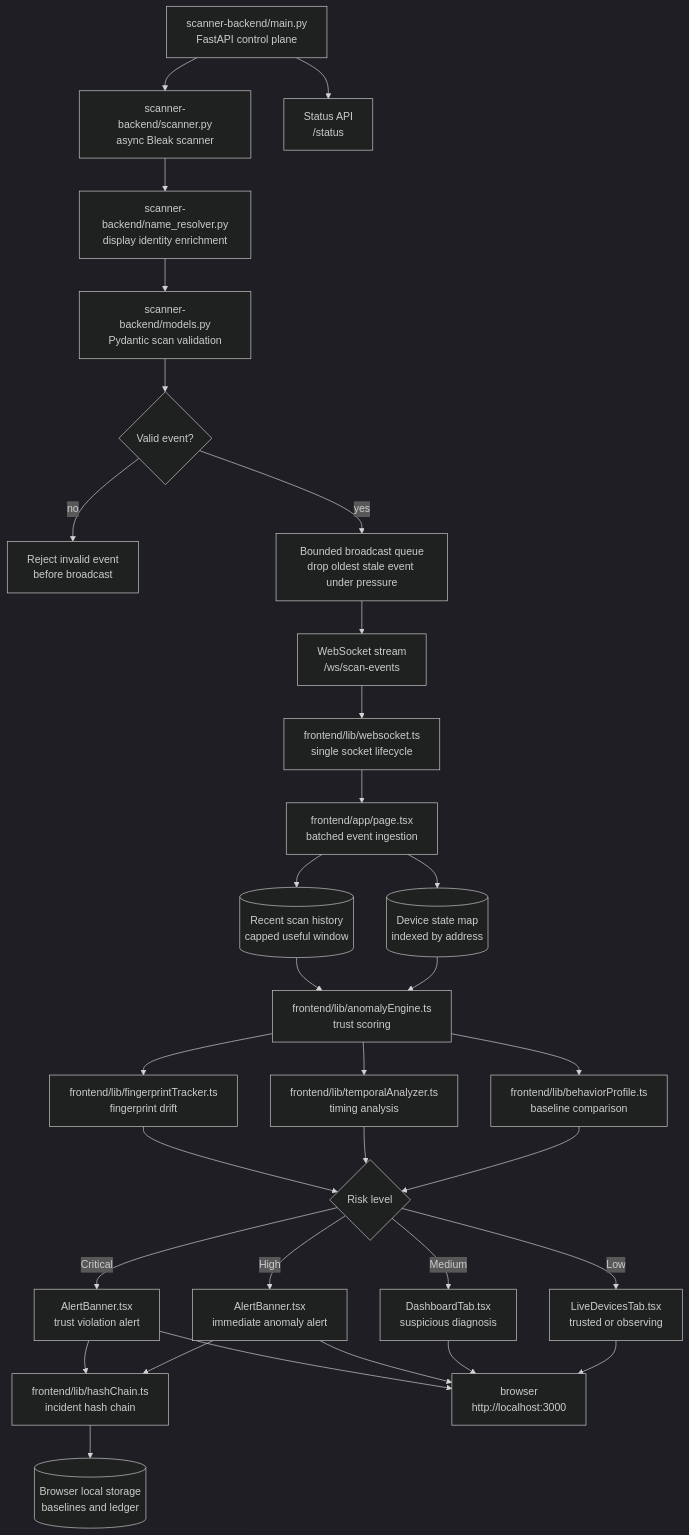
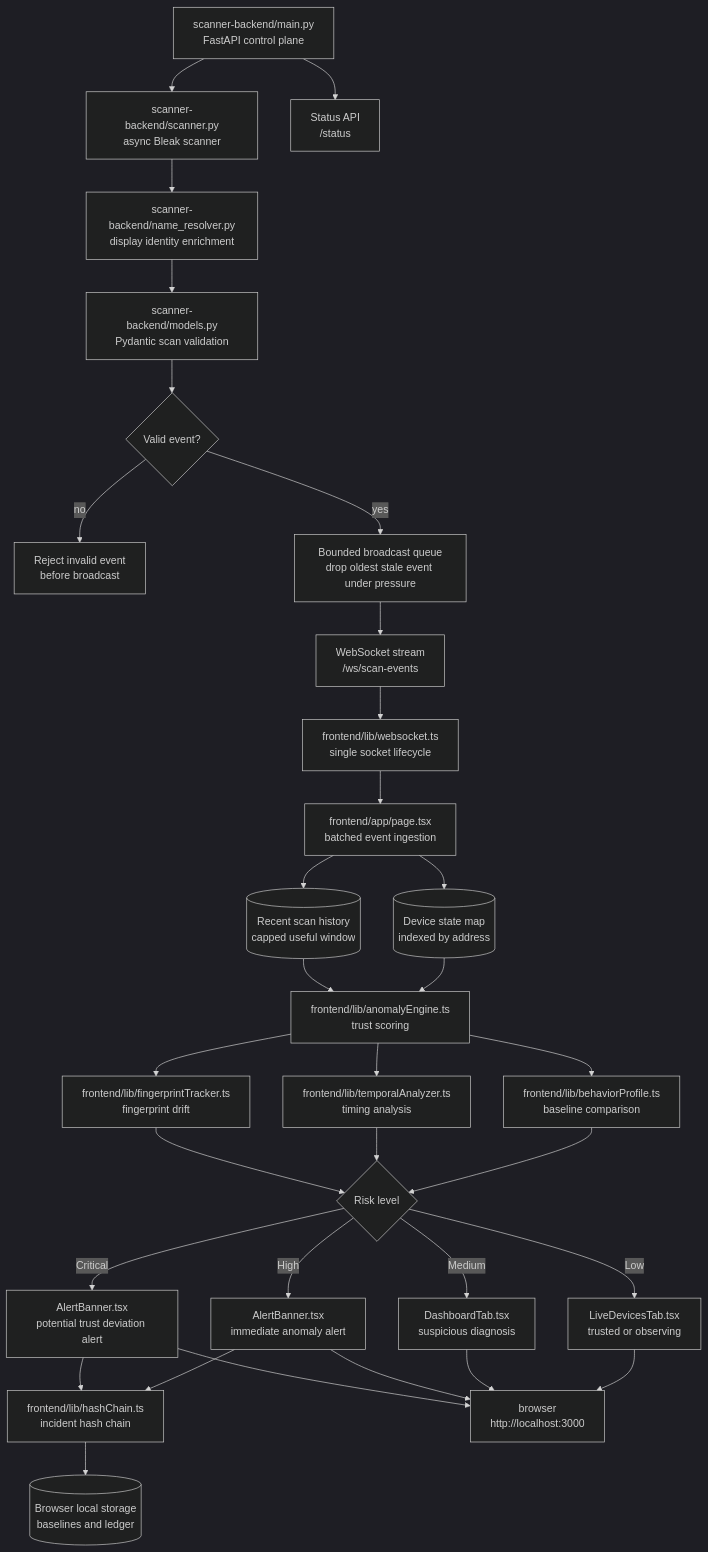
Before and after one commit to manasvi-0523/BLE_TRUST-REGISTRY: the first of 4 diagrams in README.md, drawn with Mermaid (dark theme). The commit also changed other lines of this file, not shown here.

````diff
--- a/README.md
+++ b/README.md
@@ -57,40 +57,40 @@
 ```mermaid
 graph TD
     A[scanner-backend/main.py<br/>FastAPI control plane] --> B[scanner-backend/scanner.py<br/>async Bleak scanner]
     B --> C[scanner-backend/name_resolver.py<br/>display identity enrichment]
     C --> D[scanner-backend/models.py<br/>Pydantic scan validation]
     D --> E{Valid event?}
 
     E -- no --> F[Reject invalid event<br/>before broadcast]
     E -- yes --> G[Bounded broadcast queue<br/>drop oldest stale event under pressure]
     G --> H[WebSocket stream<br/>/ws/scan-events]
     A --> I[Status API<br/>/status]
 
     H --> J[frontend/lib/websocket.ts<br/>single socket lifecycle]
     J --> K[frontend/app/page.tsx<br/>batched event ingestion]
     K --> L[(Device state map<br/>indexed by address)]
     K --> M[(Recent scan history<br/>capped useful window)]
 
     L --> N[frontend/lib/anomalyEngine.ts<br/>trust scoring]
     M --> N
     N --> O[frontend/lib/behaviorProfile.ts<br/>baseline comparison]
     N --> P[frontend/lib/temporalAnalyzer.ts<br/>timing analysis]
     N --> Q[frontend/lib/fingerprintTracker.ts<br/>fingerprint drift]
 
     O --> R{Risk level}
     P --> R
     Q --> R
 
     R -- Low --> S[LiveDevicesTab.tsx<br/>trusted or observing]
     R -- Medium --> T[DashboardTab.tsx<br/>suspicious diagnosis]
     R -- High --> U[AlertBanner.tsx<br/>immediate anomaly alert]
-    R -- Critical --> V[AlertBanner.tsx<br/>trust violation alert]
+    R -- Critical --> V[AlertBanner.tsx<br/>potential trust deviation alert]
 
     U --> W[frontend/lib/hashChain.ts<br/>incident hash chain]
     V --> W
     W --> X[(Browser local storage<br/>baselines and ledger)]
     S --> Y[browser<br/>http://localhost:3000]
     T --> Y
     U --> Y
     V --> Y
 ```
````
